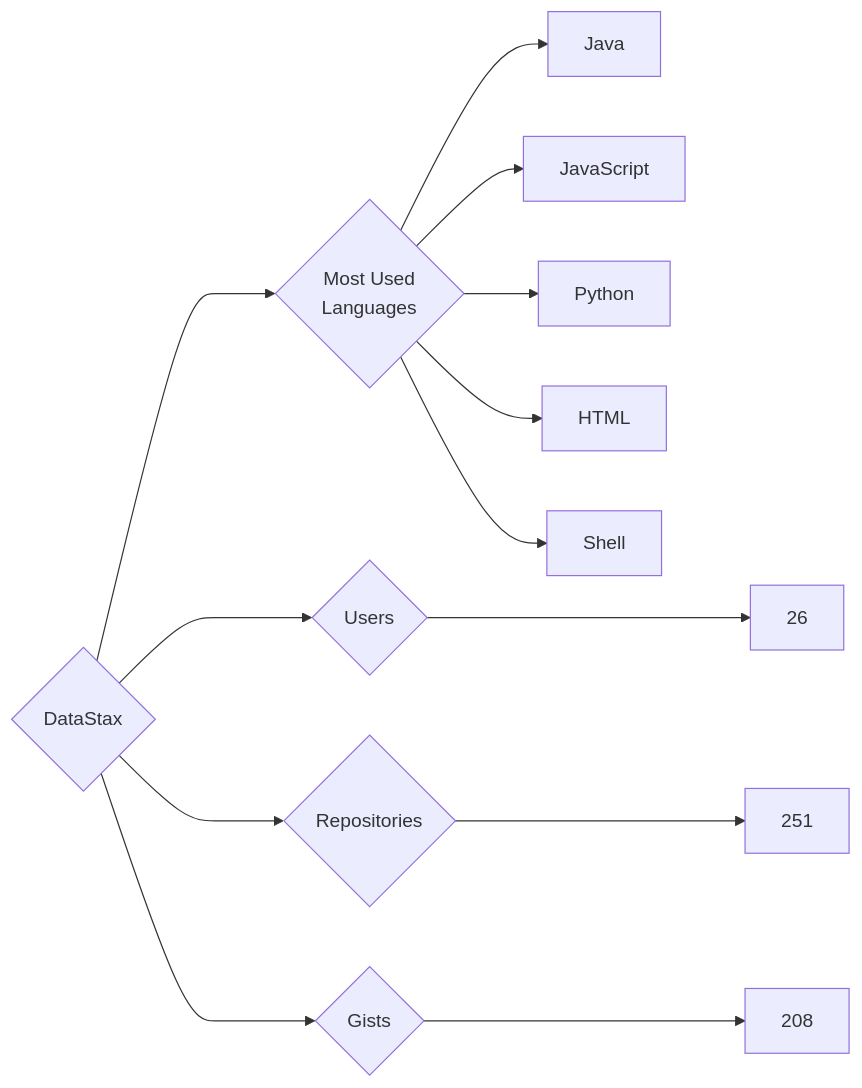
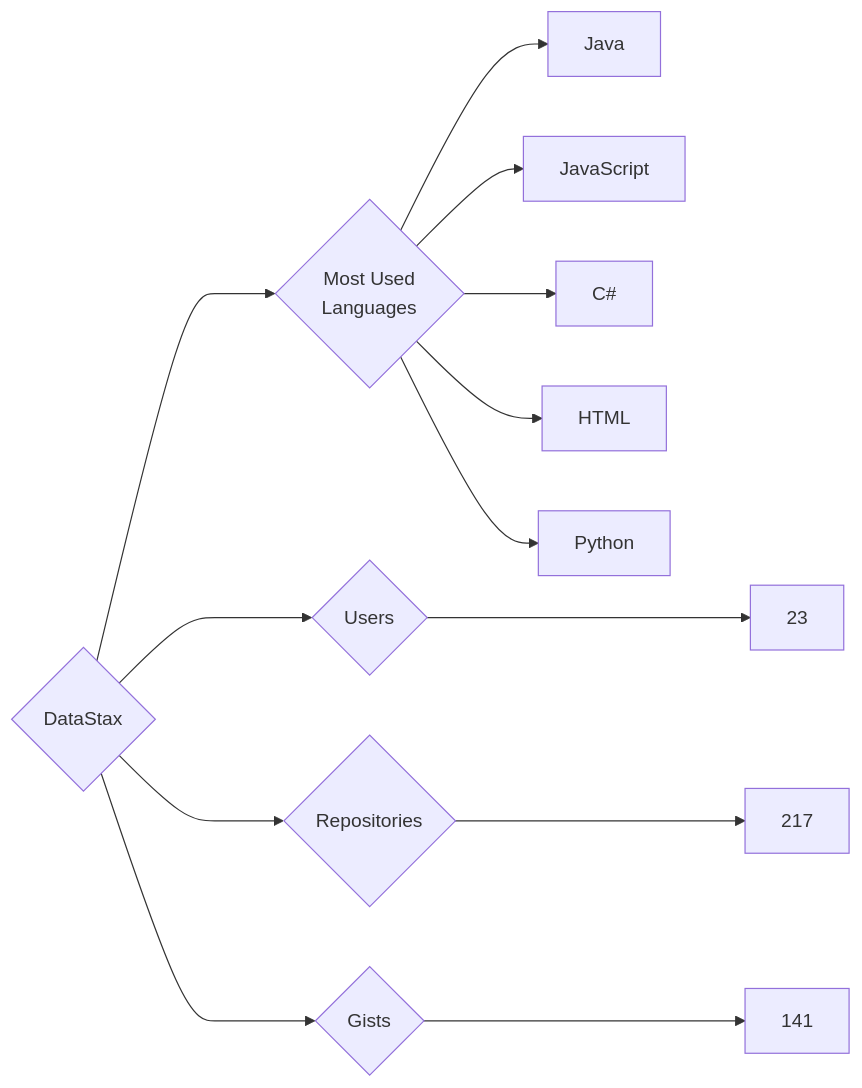
One commit to trickest/insiders changed the diagram in targets/DataStax/README.md. Above: the diagram before and after it, drawn with Mermaid. The commit also changed 870 other files, not shown here.

````diff
--- a/targets/DataStax/README.md
+++ b/targets/DataStax/README.md
@@ -3,13 +3,13 @@
 ```mermaid
 graph LR
 COMPANY_NAME{DataStax}
-COMPANY_NAME ---> U{Users} ---> UN[26]
-COMPANY_NAME ---> R{Repositories} ---> RN[251]
-COMPANY_NAME ---> G{Gists} ---> GN[208]
+COMPANY_NAME ---> U{Users} ---> UN[23]
+COMPANY_NAME ---> R{Repositories} ---> RN[217]
+COMPANY_NAME ---> G{Gists} ---> GN[141]
 COMPANY_NAME ---> ML{Most Used<br>Languages}
 ML --> Java[Java]
 ML --> JavaScript[JavaScript]
+ML --> C#[C#]
+ML --> HTML[HTML]
 ML --> Python[Python]
-ML --> HTML[HTML]
-ML --> Shell[Shell]
 ```
````
